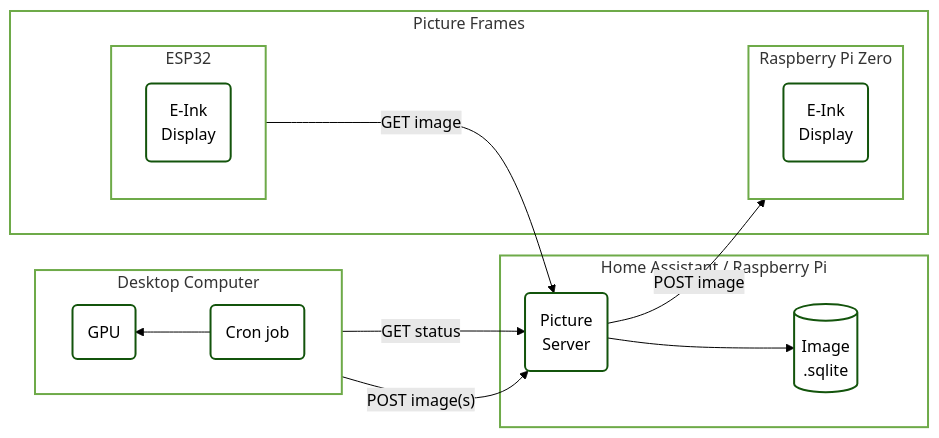
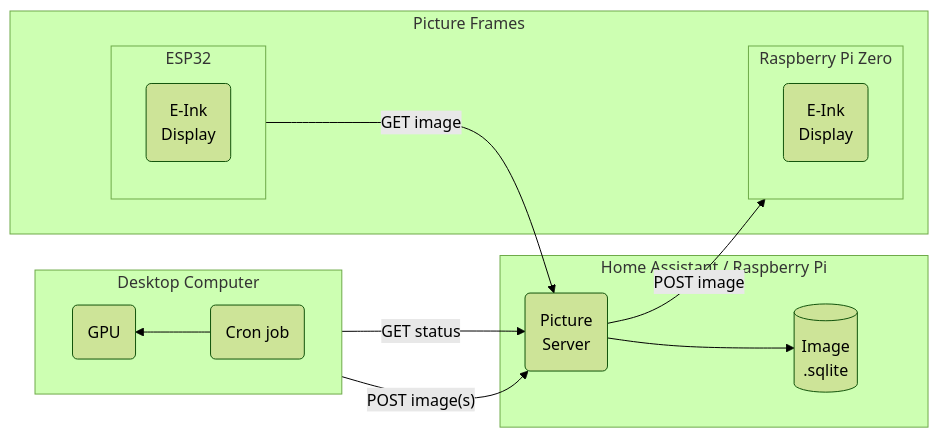
The diagram in _posts/2025-05-02-e-ink-ai-esp32-local-art-gallery.md (charnley/blog), drawn with Mermaid (forest theme) before and after one commit. The commit also changed 2 other files, not shown here.

Commit message:
Set global mermaid style instead

````diff
--- a/_posts/2025-05-02-e-ink-ai-esp32-local-art-gallery.md
+++ b/_posts/2025-05-02-e-ink-ai-esp32-local-art-gallery.md
@@ -99,38 +99,33 @@
 ```mermaid
 graph LR
 
     subgraph Desktop [Desktop Computer]
       direction RL
       gpucron@{ shape: rounded, label: "Cron job" }
       GPU@{ shape: rounded, label: "GPU" }
       gpucron --> GPU
     end
 
     subgraph HA [Home Assistant / Raspberry Pi]
       database@{ shape: db, label: "Image\n.sqlite" }
       canvasserver@{ shape: rounded, label: "Picture\nServer" }
       canvasserver --> database
     end
 
     subgraph pictures [Picture Frames]
 
         subgraph esp32 [ESP32]
             esp32eink@{ shape: rounded, label: "E-Ink\nDisplay" }
         end
         subgraph rpi [Raspberry Pi Zero]
             rpieink@{ shape: rounded, label: "E-Ink\nDisplay" }
         end
 
     end
 
     canvasserver -- "POST image" --> rpi
     esp32 -- GET image --> canvasserver
 
     gpucron -- "GET status" --> canvasserver
     gpucron -- POST image(s) --> canvasserver
-   
-    classDef default stroke-width:2px;
-    classDef default fill: transparent;
-    classDef ParentGraph fill: transparent, stroke-width:2px;
-    class pictures,HA,Desktop,esp32,rpi ParentGraph
 ```
````
